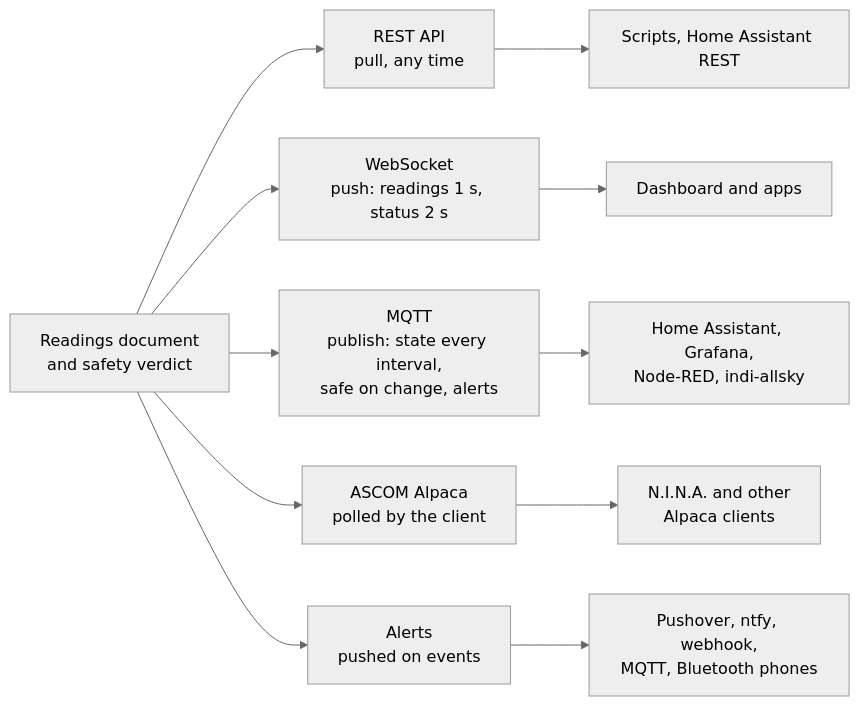
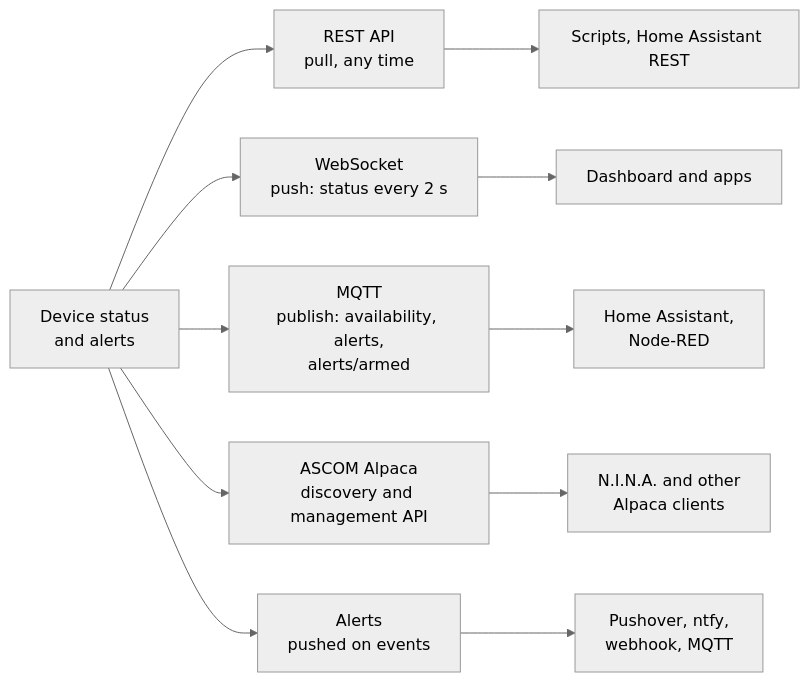
One commit to DeanJ87/RoofRoof changed the diagram in docs/api/integrations.md. Above: the diagram before and after it, drawn with Mermaid (neutral theme). The commit also changed other lines of this file and 285 other files, not shown here.

First line of the commit message:
001: contract schemas, i18n and checkers, docs and CI, tests and brand for RoofRoof

````diff
--- a/docs/api/integrations.md
+++ b/docs/api/integrations.md
@@ -18,16 +18,16 @@
 ```mermaid
 flowchart LR
     accTitle: Integration paths
-    accDescr: One readings document and the safety verdict feed five paths. REST is pulled by scripts and Home Assistant; WebSocket pushes live to the dashboard and apps; MQTT publishes to a broker for Home Assistant, Grafana and indi-allsky; Alpaca is polled by N.I.N.A. and other clients; alerts are pushed to phones and services.
-    DATA["Readings document<br/>and safety verdict"]
+    accDescr: The device status feeds four paths. REST is pulled by scripts; WebSocket pushes the status live to the dashboard and apps; MQTT publishes availability and alerts to a broker for Home Assistant; Alpaca answers discovery and the management API for N.I.N.A. and other clients; alerts are pushed to phones and services.
+    DATA["Device status<br/>and alerts"]
     DATA --> REST["REST API<br/>pull, any time"]
-    DATA --> WS["WebSocket<br/>push: readings 1 s, status 2 s"]
-    DATA --> MQTT["MQTT<br/>publish: state every interval,<br/>safe on change, alerts"]
-    DATA --> ALPACA["ASCOM Alpaca<br/>polled by the client"]
+    DATA --> WS["WebSocket<br/>push: status every 2 s"]
+    DATA --> MQTT["MQTT<br/>publish: availability, alerts,<br/>alerts/armed"]
+    DATA --> ALPACA["ASCOM Alpaca<br/>discovery and management API"]
     DATA --> ALERTS["Alerts<br/>pushed on events"]
     REST --> SCRIPTS["Scripts, Home Assistant REST"]
     WS --> UI["Dashboard and apps"]
-    MQTT --> HA["Home Assistant, Grafana,<br/>Node-RED, indi-allsky"]
+    MQTT --> HA["Home Assistant,<br/>Node-RED"]
     ALPACA --> NINA["N.I.N.A. and other<br/>Alpaca clients"]
-    ALERTS --> PHONES["Pushover, ntfy, webhook,<br/>MQTT, Bluetooth phones"]
+    ALERTS --> PHONES["Pushover, ntfy,<br/>webhook, MQTT"]
 ```
````
